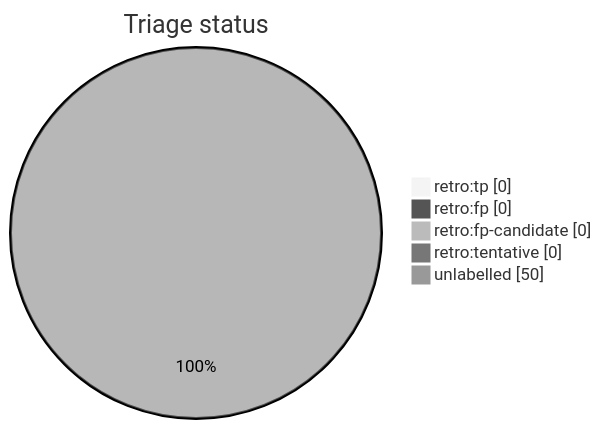
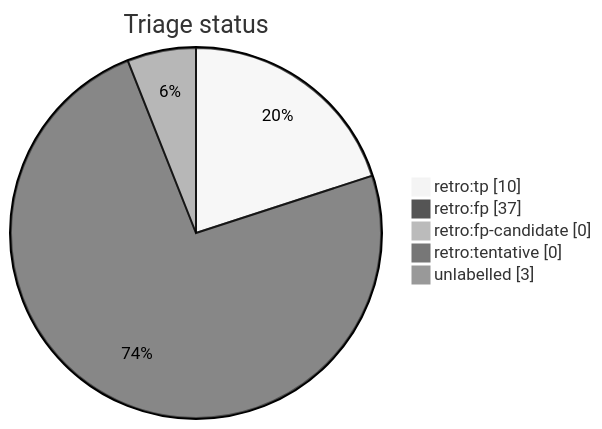
The diagram in docs/generated/scripts/auto-retro-triage-report.md (tvna/claude-md), drawn with Mermaid (neutral theme) before and after one commit. The commit also changed other lines of this file, not shown here.

First line of the commit message:
chore(auto-retro): refresh triage report (#1042)

````diff
--- a/docs/generated/scripts/auto-retro-triage-report.md
+++ b/docs/generated/scripts/auto-retro-triage-report.md
@@ -13,9 +18,9 @@
 ```mermaid
 pie showData
     title Triage status
-    "retro:tp" : 0
-    "retro:fp" : 0
+    "retro:tp" : 10
+    "retro:fp" : 37
     "retro:fp-candidate" : 0
     "retro:tentative" : 0
-    "unlabelled" : 50
+    "unlabelled" : 3
 ```
````
